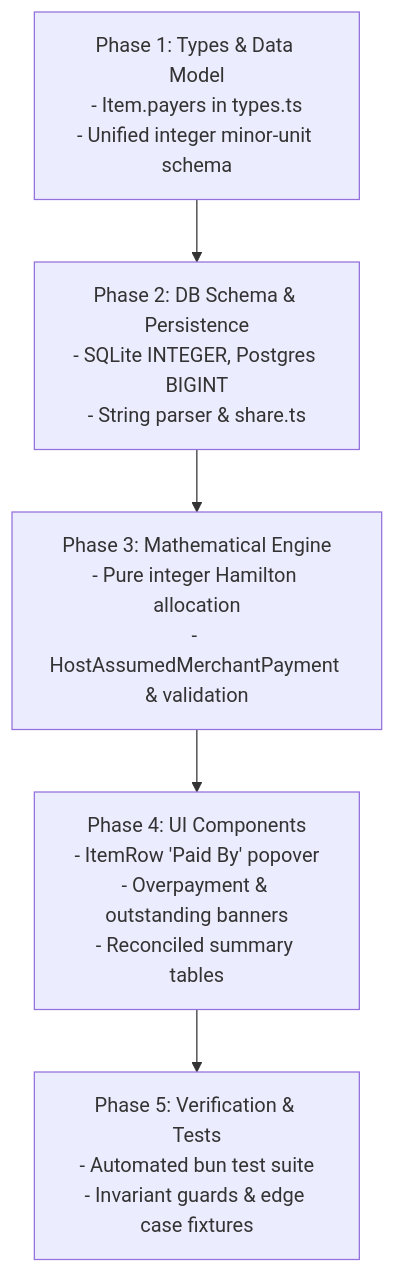
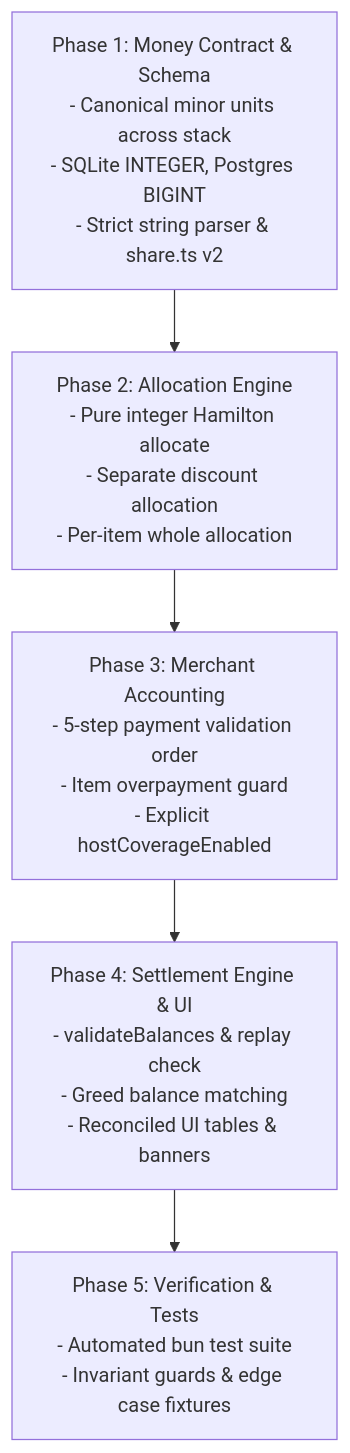
One commit to mudoker/bill-split changed the diagram in MULTIPLE_PAYERS_PLAN.md. Above: the diagram before and after it, drawn with Mermaid. The commit also changed other lines of this file, not shown here.

Commit message:
docs(plan): enforce canonical money units, safe Hamilton, explicit host coverage, and reconciled test fixture

````diff
--- a/MULTIPLE_PAYERS_PLAN.md
+++ b/MULTIPLE_PAYERS_PLAN.md
@@ -719,7 +814,7 @@
 ```mermaid
 flowchart TD
-    P1["Phase 1: Types & Data Model\n- Item.payers in types.ts\n- Unified integer minor-unit schema"] --> P2["Phase 2: DB Schema & Persistence\n- SQLite INTEGER, Postgres BIGINT\n- String parser & share.ts"]
-    P2 --> P3["Phase 3: Mathematical Engine\n- Pure integer Hamilton allocation\n- HostAssumedMerchantPayment & validation"]
-    P3 --> P4["Phase 4: UI Components\n- ItemRow 'Paid By' popover\n- Overpayment & outstanding banners\n- Reconciled summary tables"]
+    P1["Phase 1: Money Contract & Schema\n- Canonical minor units across stack\n- SQLite INTEGER, Postgres BIGINT\n- Strict string parser & share.ts v2"] --> P2["Phase 2: Allocation Engine\n- Pure integer Hamilton allocate\n- Separate discount allocation\n- Per-item whole allocation"]
+    P2 --> P3["Phase 3: Merchant Accounting\n- 5-step payment validation order\n- Item overpayment guard\n- Explicit hostCoverageEnabled"]
+    P3 --> P4["Phase 4: Settlement Engine & UI\n- validateBalances & replay check\n- Greed balance matching\n- Reconciled UI tables & banners"]
     P4 --> P5["Phase 5: Verification & Tests\n- Automated bun test suite\n- Invariant guards & edge case fixtures"]
 ```
````
